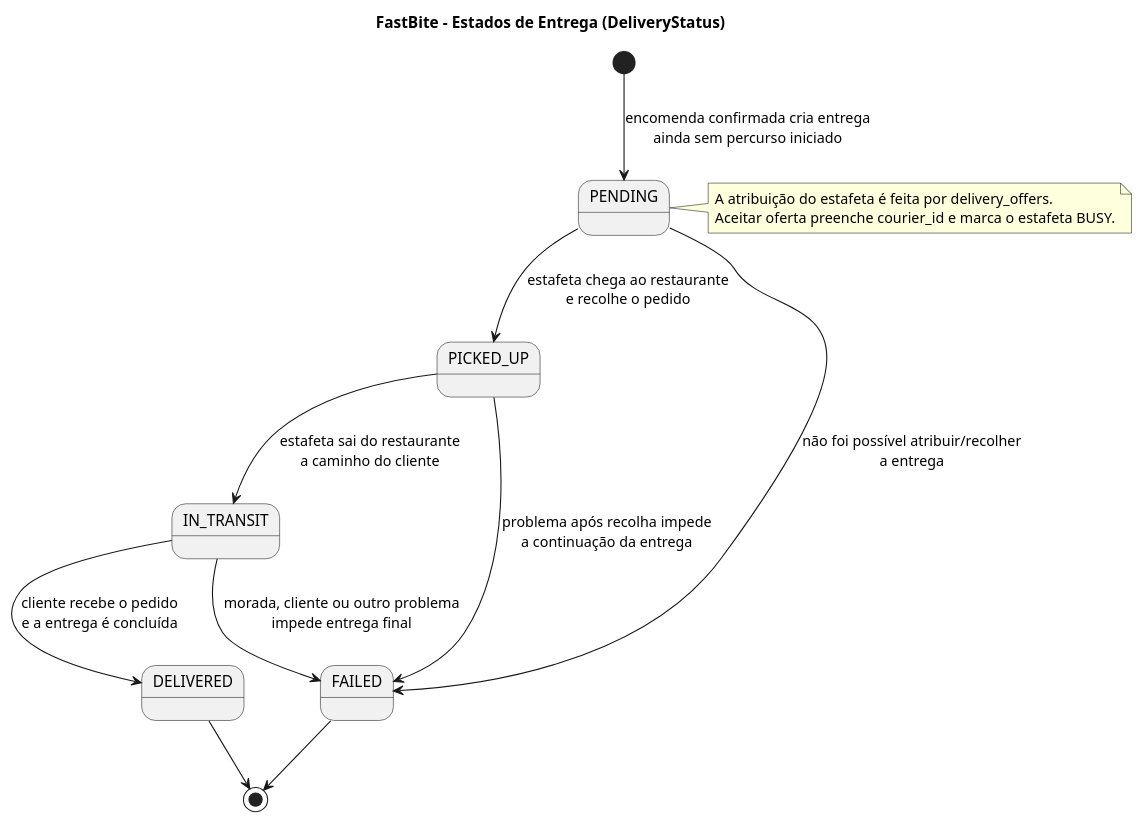
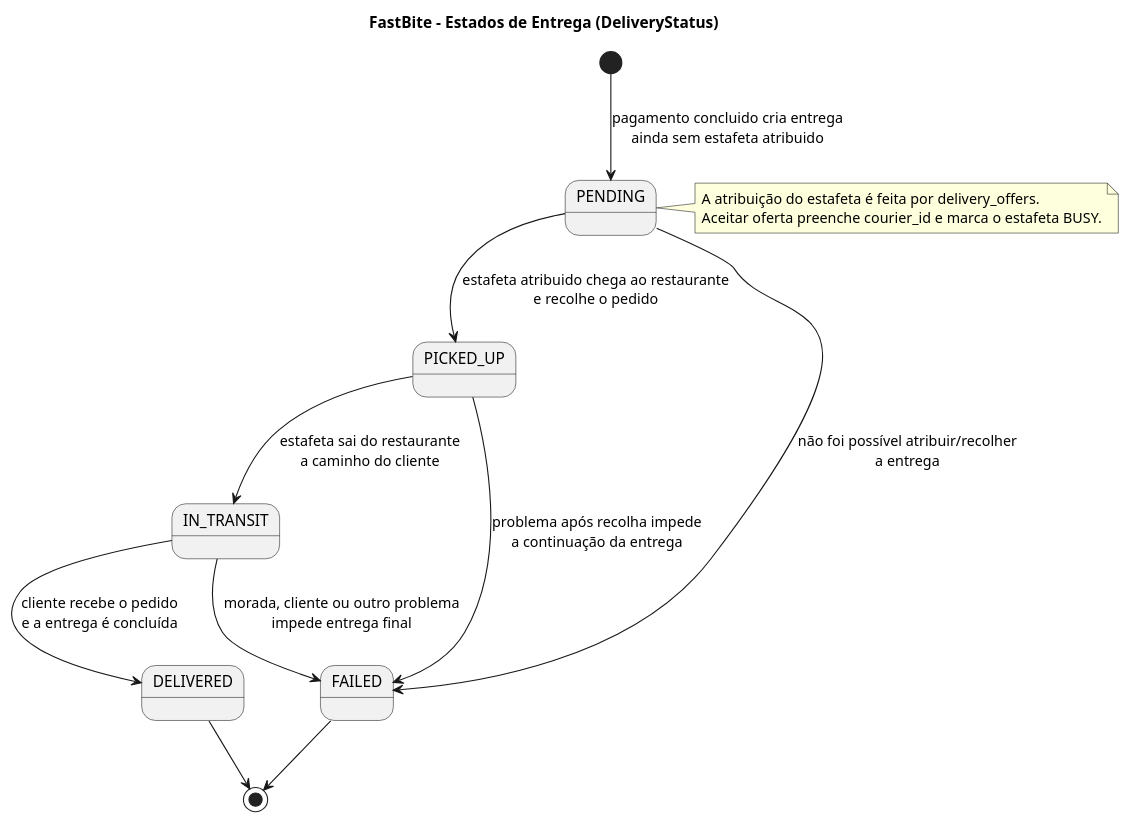
The diagram in Documentacao/docs novas/04c_estado_entrega.puml (DuarteMSousa/FastBite), drawn with PlantUML before and after one commit. The commit also changed 5 other files, not shown here.

First line of the commit message:
Remove notification method; update diagrams

```diff
--- a/Documentacao/docs novas/04c_estado_entrega.puml
+++ b/Documentacao/docs novas/04c_estado_entrega.puml
@@ -1,25 +1,25 @@
 @startuml FastBite_State_Delivery
 title FastBite - Estados de Entrega (DeliveryStatus)
 
 skinparam shadowing false
 
-[*] --> PENDING : encomenda confirmada cria entrega\nainda sem percurso iniciado
+[*] --> PENDING : pagamento concluido cria entrega\nainda sem estafeta atribuido
 
-PENDING --> PICKED_UP : estafeta chega ao restaurante\ne recolhe o pedido
+PENDING --> PICKED_UP : estafeta atribuido chega ao restaurante\ne recolhe o pedido
 PENDING --> FAILED : não foi possível atribuir/recolher\na entrega
 
 PICKED_UP --> IN_TRANSIT : estafeta sai do restaurante\na caminho do cliente
 PICKED_UP --> FAILED : problema após recolha impede\na continuação da entrega
 
 IN_TRANSIT --> DELIVERED : cliente recebe o pedido\ne a entrega é concluída
 IN_TRANSIT --> FAILED : morada, cliente ou outro problema\nimpede entrega final
 
 DELIVERED --> [*]
 FAILED --> [*]
 
 note right of PENDING
   A atribuição do estafeta é feita por delivery_offers.
   Aceitar oferta preenche courier_id e marca o estafeta BUSY.
 end note
 
 @enduml
```
